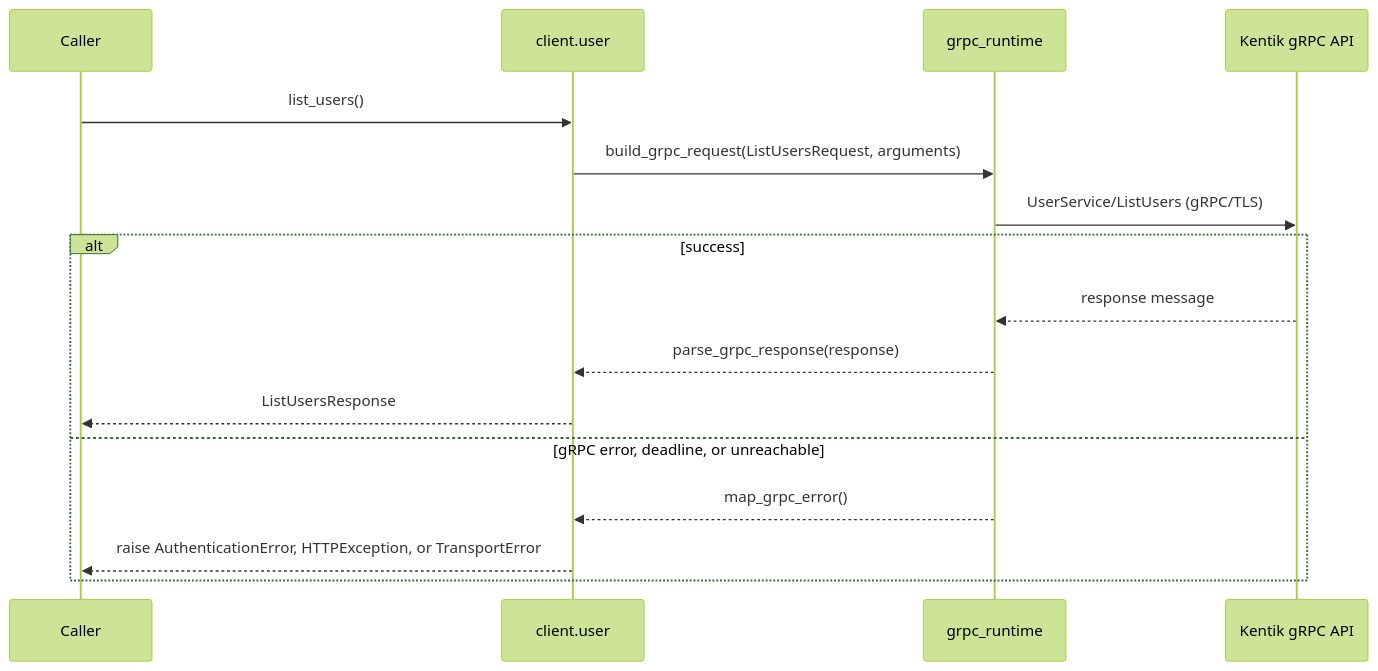
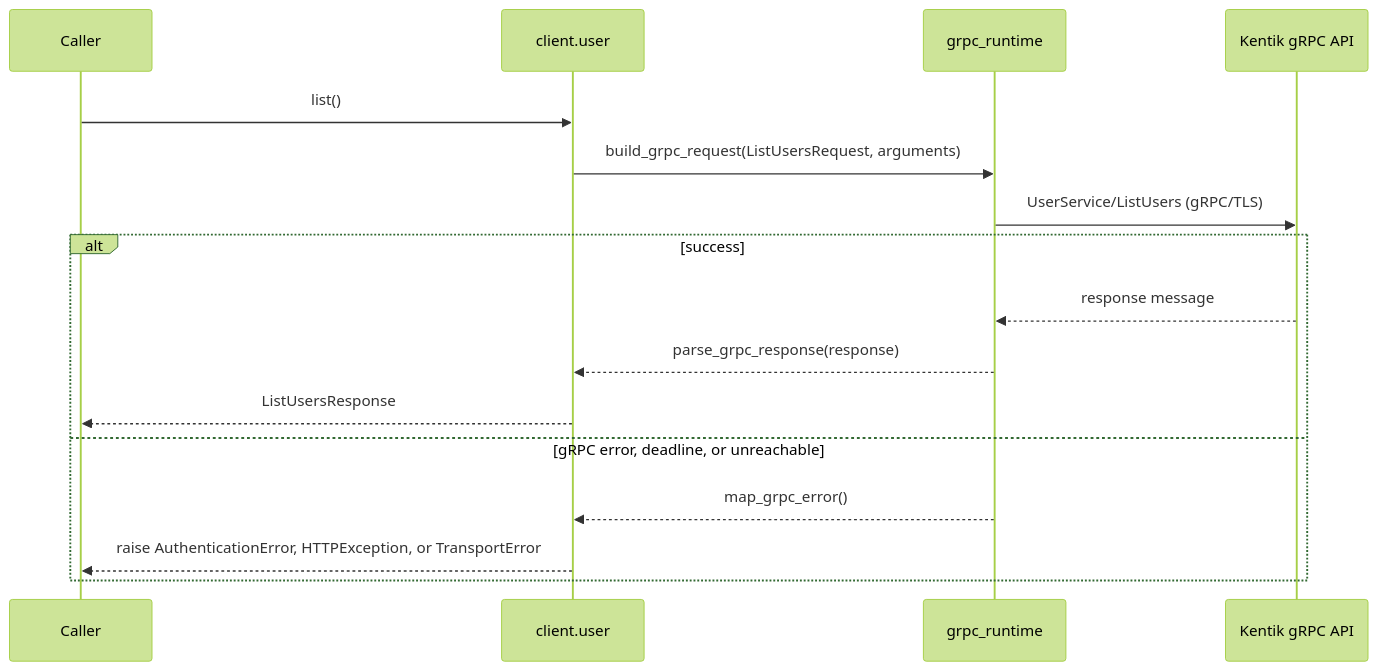
Before and after one commit to alexdearaujo/community_sdk_python: the third of 16 diagrams in docs/sphinx/services/user.md, drawn with Mermaid (forest theme). The commit also changed other lines of this file and 119 other files, not shown here.

````diff
--- a/docs/sphinx/services/user.md
+++ b/docs/sphinx/services/user.md
@@ -59,19 +59,19 @@
 ```mermaid
 sequenceDiagram
     participant C as Caller
     participant W as client.user
     participant R as grpc_runtime
     participant API as Kentik gRPC API
 
-    C->>W: list_users()
+    C->>W: list()
     W->>R: build_grpc_request(ListUsersRequest, arguments)
     R->>API: UserService/ListUsers (gRPC/TLS)
     alt success
         API-->>R: response message
         R-->>W: parse_grpc_response(response)
         W-->>C: ListUsersResponse
     else gRPC error, deadline, or unreachable
         R-->>W: map_grpc_error()
         W-->>C: raise AuthenticationError, HTTPException, or TransportError
     end
 ```
````
